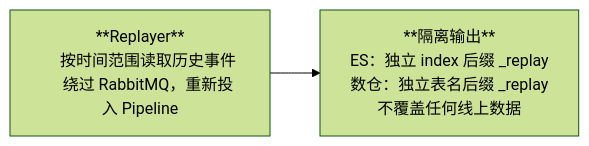
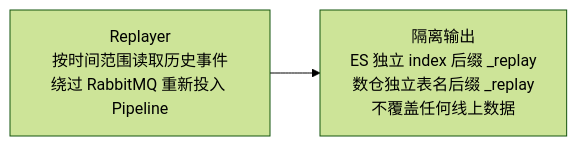
The third of 3 diagrams in stream-stats-design.md (EthanScriptOn/strea-doc), drawn with Mermaid (forest theme) before and after one commit. The commit also changed other lines of this file, not shown here.

Commit message:
fix mermaid syntax: replace newlines with br, remove backtick strings

````diff
--- a/stream-stats-design.md
+++ b/stream-stats-design.md
@@ -111,13 +66,6 @@
 ```mermaid
 flowchart LR
-    RP["**Replayer**
-    按时间范围读取历史事件
-    绕过 RabbitMQ，重新投入 Pipeline"]
-
-    ISO["**隔离输出**
-    ES：独立 index 后缀 _replay
-    数仓：独立表名后缀 _replay
-    不覆盖任何线上数据"]
-
+    RP["Replayer<br/>按时间范围读取历史事件<br/>绕过 RabbitMQ 重新投入 Pipeline"]
+    ISO["隔离输出<br/>ES 独立 index 后缀 _replay<br/>数仓独立表名后缀 _replay<br/>不覆盖任何线上数据"]
     RP --> ISO
 ```
````
